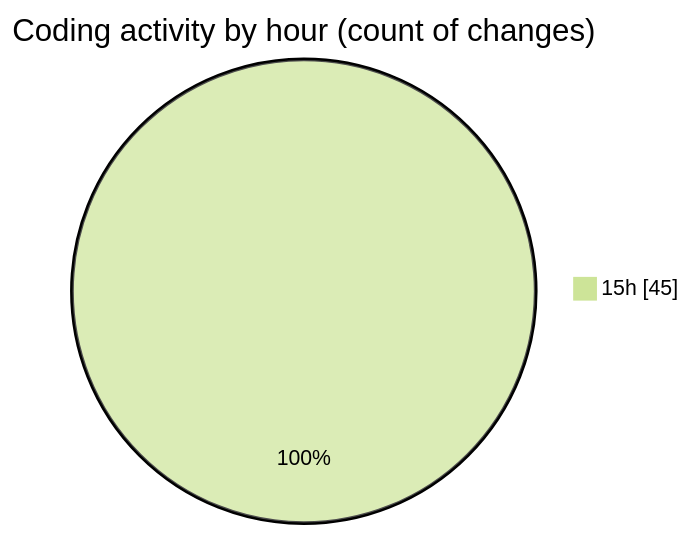
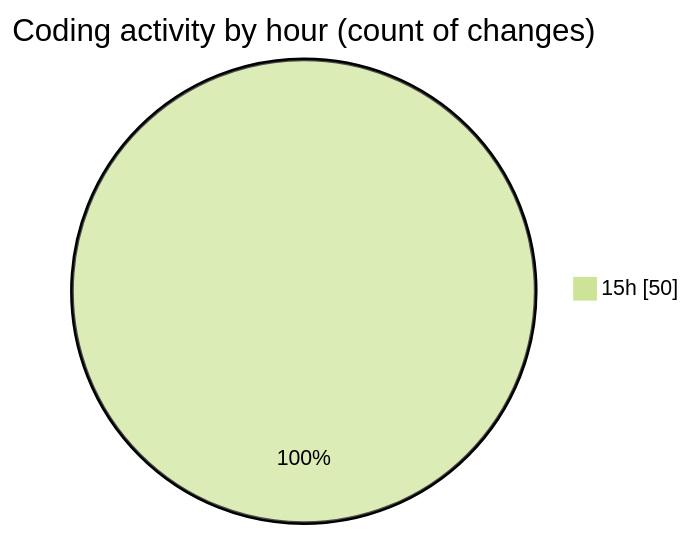
Before and after one commit to IJAZ3593/code-tracking: the second of 2 diagrams in 2025-09-01/project_3/README.md, drawn with Mermaid (forest theme). The commit also changed other lines of this file and 1 other file, not shown here.

````diff
--- a/2025-09-01/project_3/README.md
+++ b/2025-09-01/project_3/README.md
@@ -36,5 +36,5 @@
 ```mermaid
 pie showData
 title Coding activity by hour (count of changes)
-"15h" : 45
+"15h" : 50
 ```
````
